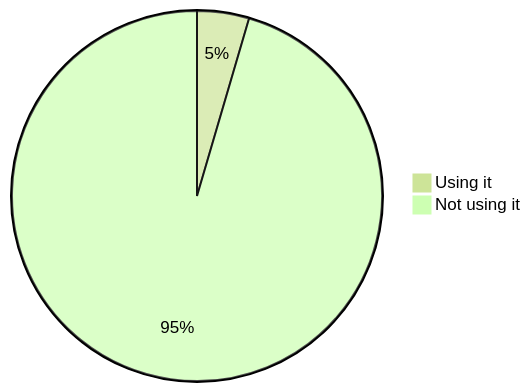
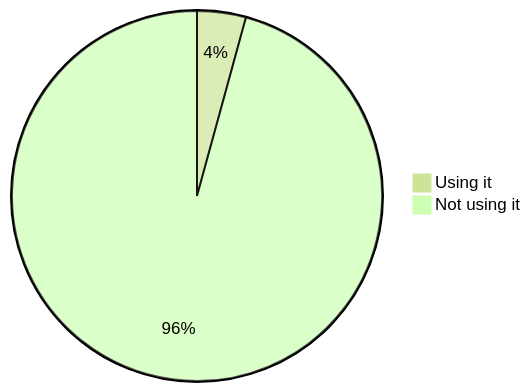
One commit to oshp/oshp-stats changed diagram 11 of 22 in stats.md. Above: the diagram before and after it, drawn with Mermaid (forest theme). The commit also changed other lines of this file, not shown here.

````diff
--- a/stats.md
+++ b/stats.md
@@ -130,6 +130,6 @@
 ```mermaid
 pie
-	"Using it" : 4.54
-	"Not using it" : 95.46
+	"Using it" : 4.26
+	"Not using it" : 95.74
 
 ```
````
